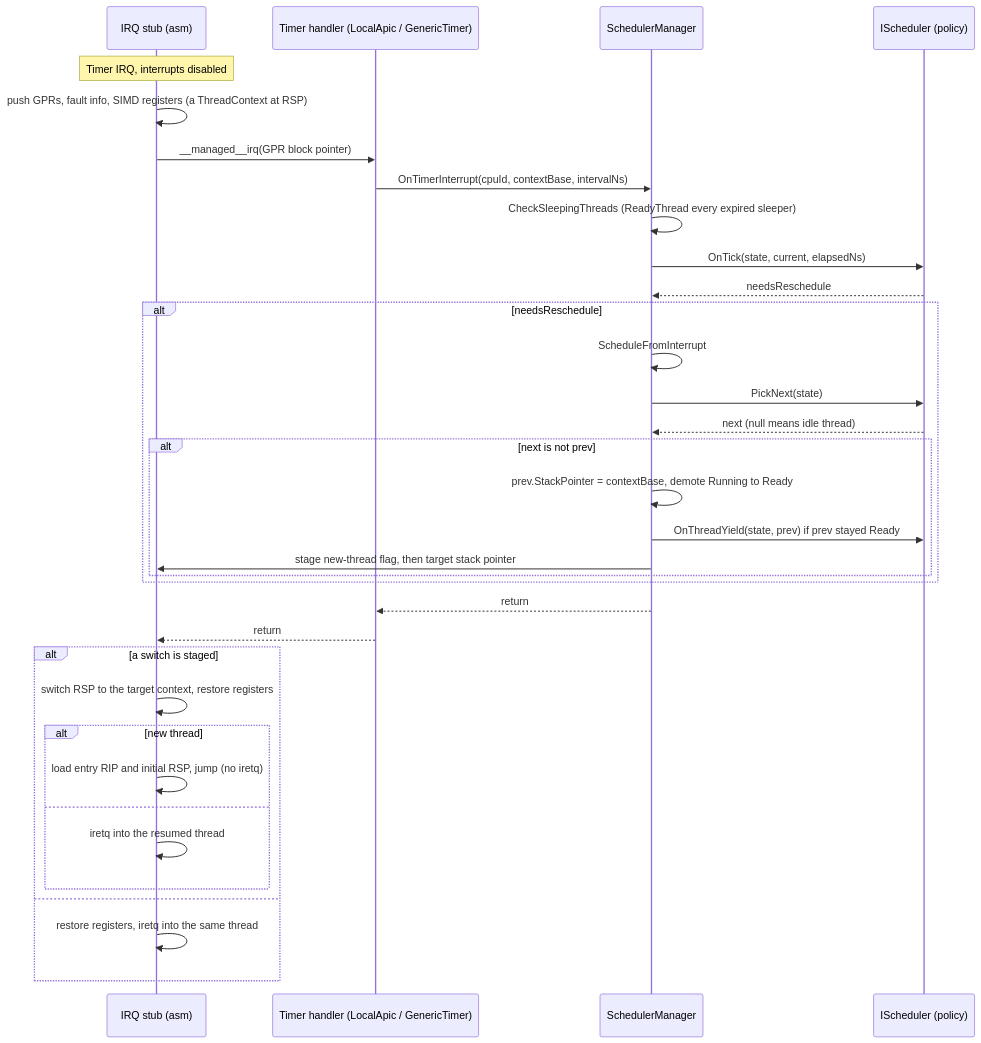
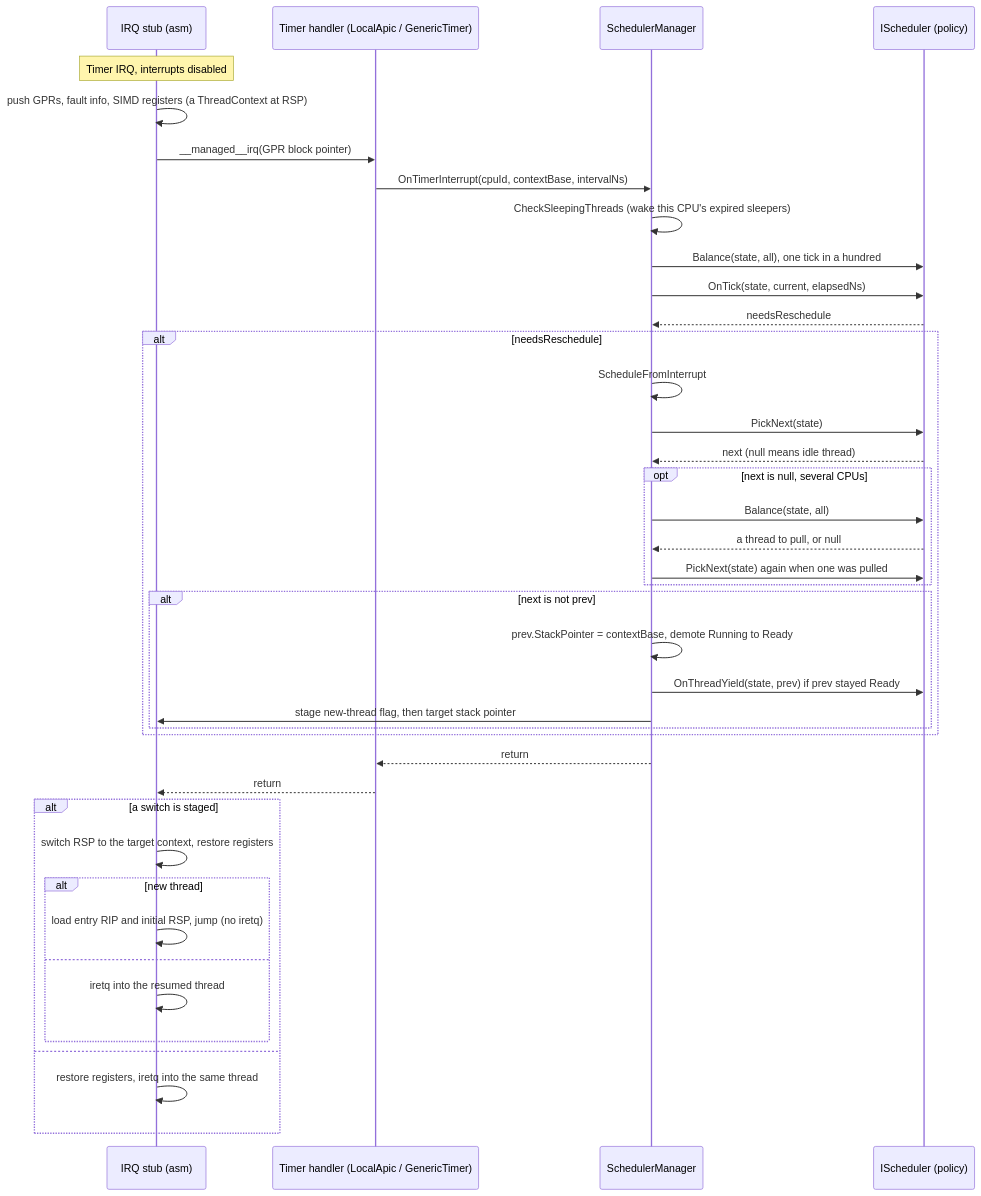
One commit to CosmosOS/Cosmos changed the second of 3 diagrams in docs/articles/dev/scheduler.md. Above: the diagram before and after it, drawn with Mermaid. The commit also changed other lines of this file and 4 other files, not shown here.

````diff
--- a/docs/articles/dev/scheduler.md
+++ b/docs/articles/dev/scheduler.md
@@ -152,37 +152,43 @@
 ```mermaid
 sequenceDiagram
     participant ASM as IRQ stub (asm)
     participant TH as Timer handler (LocalApic / GenericTimer)
     participant SM as SchedulerManager
     participant SC as IScheduler (policy)
 
     Note over ASM: Timer IRQ, interrupts disabled
     ASM->>ASM: push GPRs, fault info, SIMD registers (a ThreadContext at RSP)
     ASM->>TH: __managed__irq(GPR block pointer)
     TH->>SM: OnTimerInterrupt(cpuId, contextBase, intervalNs)
-    SM->>SM: CheckSleepingThreads (ReadyThread every expired sleeper)
+    SM->>SM: CheckSleepingThreads (wake this CPU's expired sleepers)
+    SM->>SC: Balance(state, all), one tick in a hundred
     SM->>SC: OnTick(state, current, elapsedNs)
     SC-->>SM: needsReschedule
     alt needsReschedule
         SM->>SM: ScheduleFromInterrupt
         SM->>SC: PickNext(state)
         SC-->>SM: next (null means idle thread)
+        opt next is null, several CPUs
+            SM->>SC: Balance(state, all)
+            SC-->>SM: a thread to pull, or null
+            SM->>SC: PickNext(state) again when one was pulled
+        end
         alt next is not prev
             SM->>SM: prev.StackPointer = contextBase, demote Running to Ready
             SM->>SC: OnThreadYield(state, prev) if prev stayed Ready
             SM->>ASM: stage new-thread flag, then target stack pointer
         end
     end
     SM-->>TH: return
     TH-->>ASM: return
     alt a switch is staged
         ASM->>ASM: switch RSP to the target context, restore registers
         alt new thread
             ASM->>ASM: load entry RIP and initial RSP, jump (no iretq)
         else
             ASM->>ASM: iretq into the resumed thread
         end
     else
         ASM->>ASM: restore registers, iretq into the same thread
     end
 ```
````
